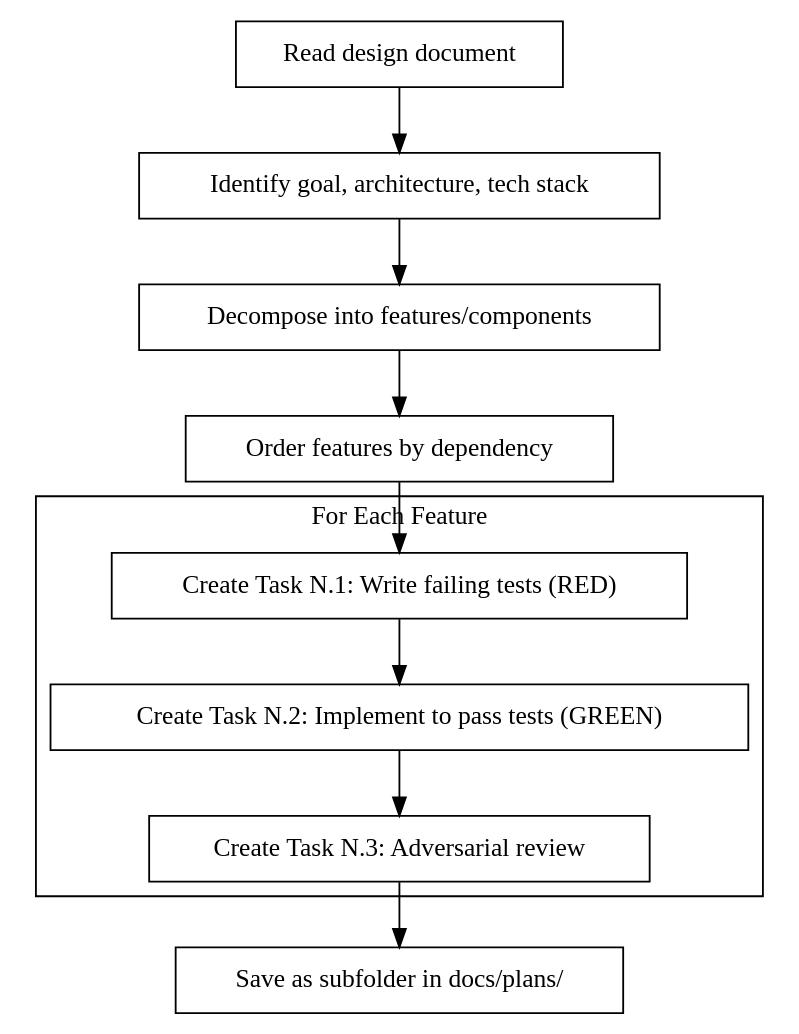
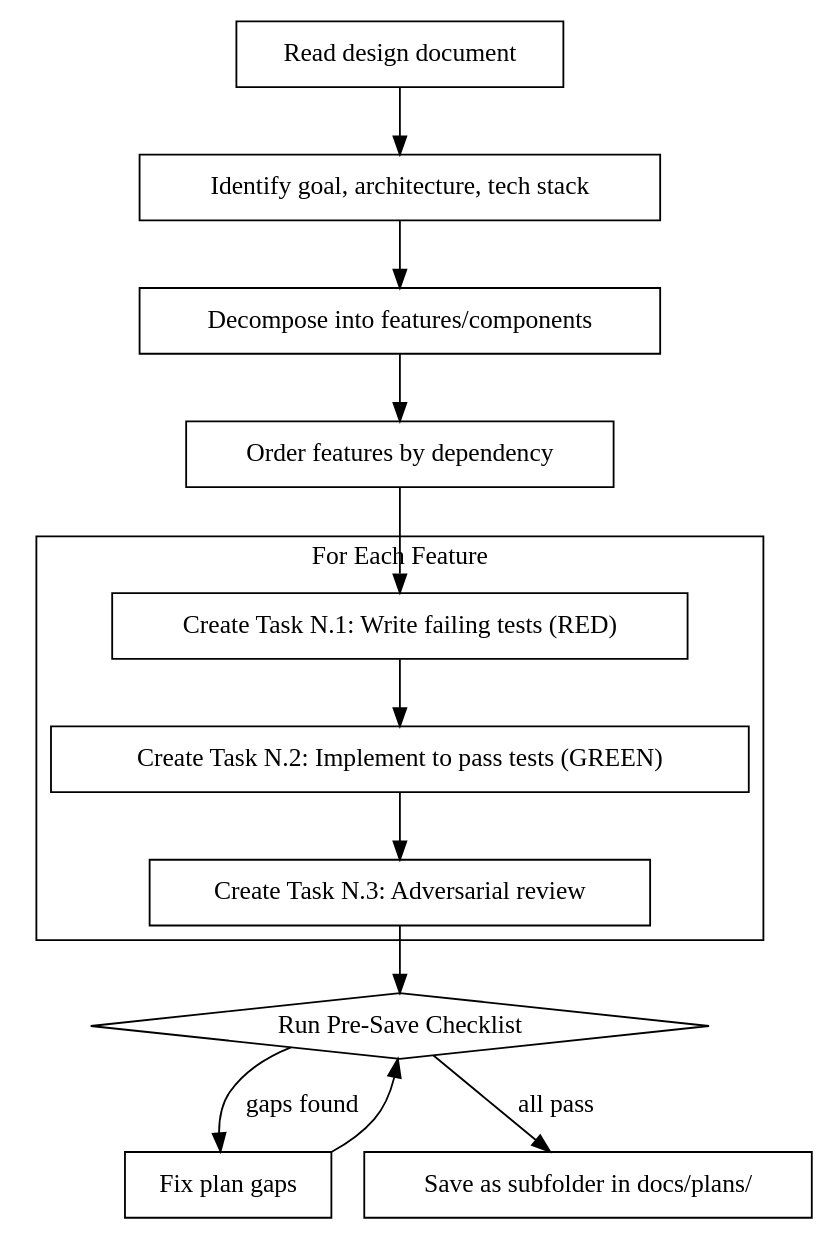
Before and after one commit to Dethon/ai-dev-flow: the second of 2 diagrams in skills/writing-tdd-plans/SKILL.md, drawn with Graphviz. The commit also changed other lines of this file and 2 other files, not shown here.

Commit message:
Bump plugin version to 1.0.30 and update documentation to include pre-save checklist and critical guidelines for TDD plan completeness

````diff
--- a/skills/writing-tdd-plans/SKILL.md
+++ b/skills/writing-tdd-plans/SKILL.md
@@ -33,27 +33,32 @@
 ```dot
 digraph process {
     rankdir=TB;
 
     "Read design document" [shape=box];
     "Identify goal, architecture, tech stack" [shape=box];
     "Decompose into features/components" [shape=box];
     "Order features by dependency" [shape=box];
 
     subgraph cluster_per_feature {
         label="For Each Feature";
         "Create Task N.1: Write failing tests (RED)" [shape=box];
         "Create Task N.2: Implement to pass tests (GREEN)" [shape=box];
         "Create Task N.3: Adversarial review" [shape=box];
     }
 
+    "Run Pre-Save Checklist" [shape=diamond];
+    "Fix plan gaps" [shape=box];
     "Save as subfolder in docs/plans/" [shape=box];
 
     "Read design document" -> "Identify goal, architecture, tech stack";
     "Identify goal, architecture, tech stack" -> "Decompose into features/components";
     "Decompose into features/components" -> "Order features by dependency";
     "Order features by dependency" -> "Create Task N.1: Write failing tests (RED)";
     "Create Task N.1: Write failing tests (RED)" -> "Create Task N.2: Implement to pass tests (GREEN)";
     "Create Task N.2: Implement to pass tests (GREEN)" -> "Create Task N.3: Adversarial review";
-    "Create Task N.3: Adversarial review" -> "Save as subfolder in docs/plans/";
+    "Create Task N.3: Adversarial review" -> "Run Pre-Save Checklist";
+    "Run Pre-Save Checklist" -> "Save as subfolder in docs/plans/" [label="all pass"];
+    "Run Pre-Save Checklist" -> "Fix plan gaps" [label="gaps found"];
+    "Fix plan gaps" -> "Run Pre-Save Checklist";
 }
 ```
````
